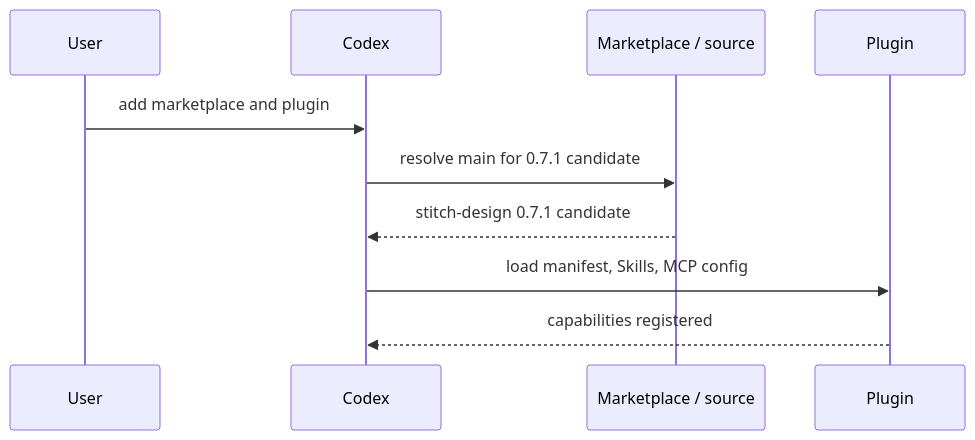
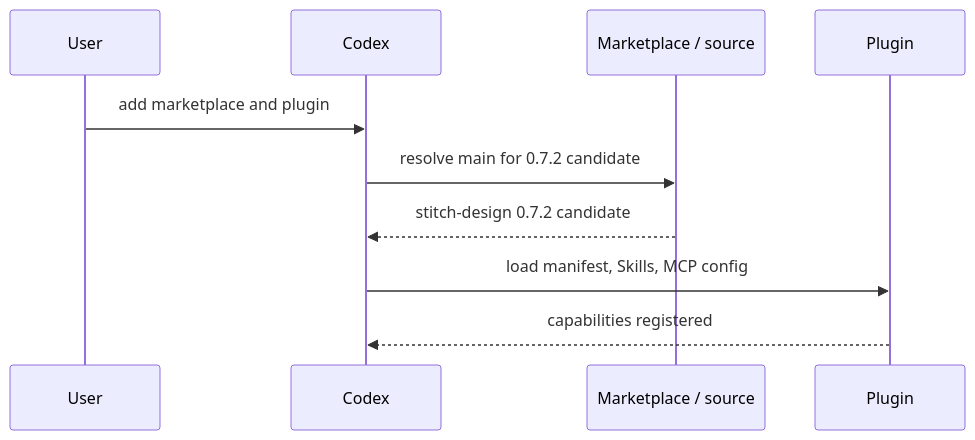
Before and after one commit to full-stack-plugins/stitch-design-plugin: the seventh of 11 diagrams in docs/Stitch-Design-Architecture.md, drawn with Mermaid. The commit also changed other lines of this file and 17 other files, not shown here.

````diff
--- a/docs/Stitch-Design-Architecture.md
+++ b/docs/Stitch-Design-Architecture.md
@@ -160,12 +160,12 @@
 ```mermaid
 sequenceDiagram
     participant U as User
     participant C as Codex
     participant M as Marketplace / source
     participant P as Plugin
     U->>C: add marketplace and plugin
-    C->>M: resolve main for 0.7.1 candidate
-    M-->>C: stitch-design 0.7.1 candidate
+    C->>M: resolve main for 0.7.2 candidate
+    M-->>C: stitch-design 0.7.2 candidate
     C->>P: load manifest, Skills, MCP config
     P-->>C: capabilities registered
 ```
````
